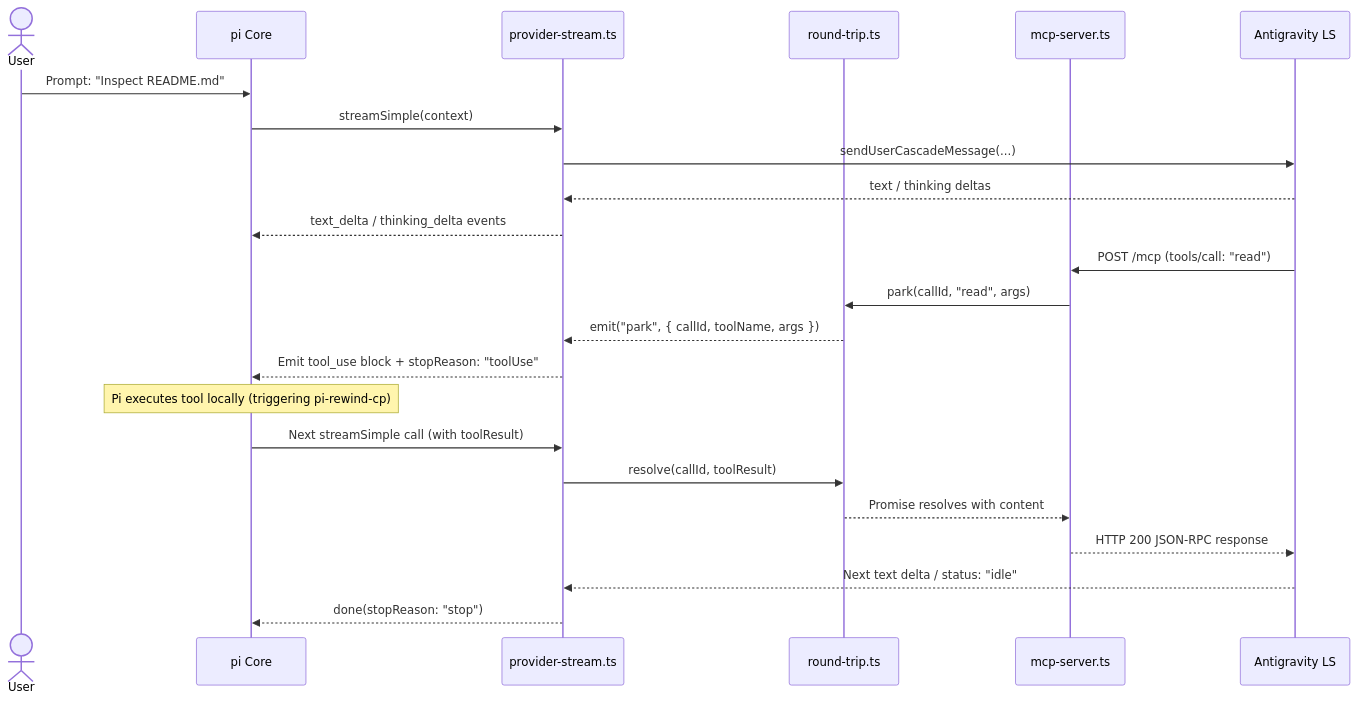
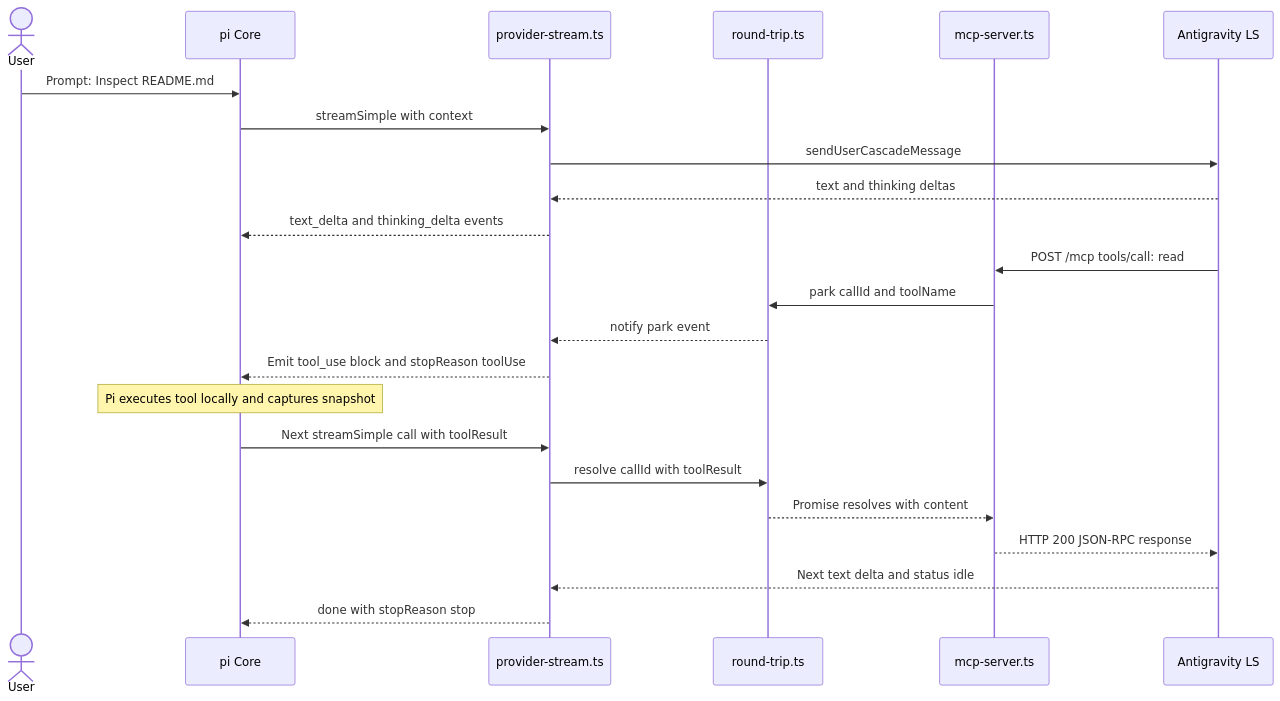
Before and after one commit to Masterisk-F/pi-antigravity-ls-provider: the second of 3 diagrams in docs/ARCHITECTURE.md, drawn with Mermaid. The commit also changed other lines of this file, not shown here.

Commit message:
docs: fix Mermaid syntax errors in ARCHITECTURE.md

````diff
--- a/docs/ARCHITECTURE.md
+++ b/docs/ARCHITECTURE.md
@@ -57,26 +57,26 @@
 ```mermaid
 sequenceDiagram
     actor User
     participant Pi as pi Core
     participant PS as provider-stream.ts
     participant RT as round-trip.ts
     participant MCP as mcp-server.ts
     participant LS as Antigravity LS
 
-    User->>Pi: Prompt: "Inspect README.md"
-    Pi->>PS: streamSimple(context)
-    PS->>LS: sendUserCascadeMessage(...)
-    LS-->>PS: text / thinking deltas
-    PS-->>Pi: text_delta / thinking_delta events
-    LS->>MCP: POST /mcp (tools/call: "read")
-    MCP->>RT: park(callId, "read", args)
-    RT-->>PS: emit("park", { callId, toolName, args })
-    PS-->>Pi: Emit tool_use block + stopReason: "toolUse"
-    Note over Pi: Pi executes tool locally (triggering pi-rewind-cp)
-    Pi->>PS: Next streamSimple call (with toolResult)
-    PS->>RT: resolve(callId, toolResult)
+    User->>Pi: Prompt: Inspect README.md
+    Pi->>PS: streamSimple with context
+    PS->>LS: sendUserCascadeMessage
+    LS-->>PS: text and thinking deltas
+    PS-->>Pi: text_delta and thinking_delta events
+    LS->>MCP: POST /mcp tools/call: read
+    MCP->>RT: park callId and toolName
+    RT-->>PS: notify park event
+    PS-->>Pi: Emit tool_use block and stopReason toolUse
+    Note over Pi: Pi executes tool locally and captures snapshot
+    Pi->>PS: Next streamSimple call with toolResult
+    PS->>RT: resolve callId with toolResult
     RT-->>MCP: Promise resolves with content
     MCP-->>LS: HTTP 200 JSON-RPC response
-    LS-->>PS: Next text delta / status: "idle"
-    PS-->>Pi: done(stopReason: "stop")
+    LS-->>PS: Next text delta and status idle
+    PS-->>Pi: done with stopReason stop
 ```
````
